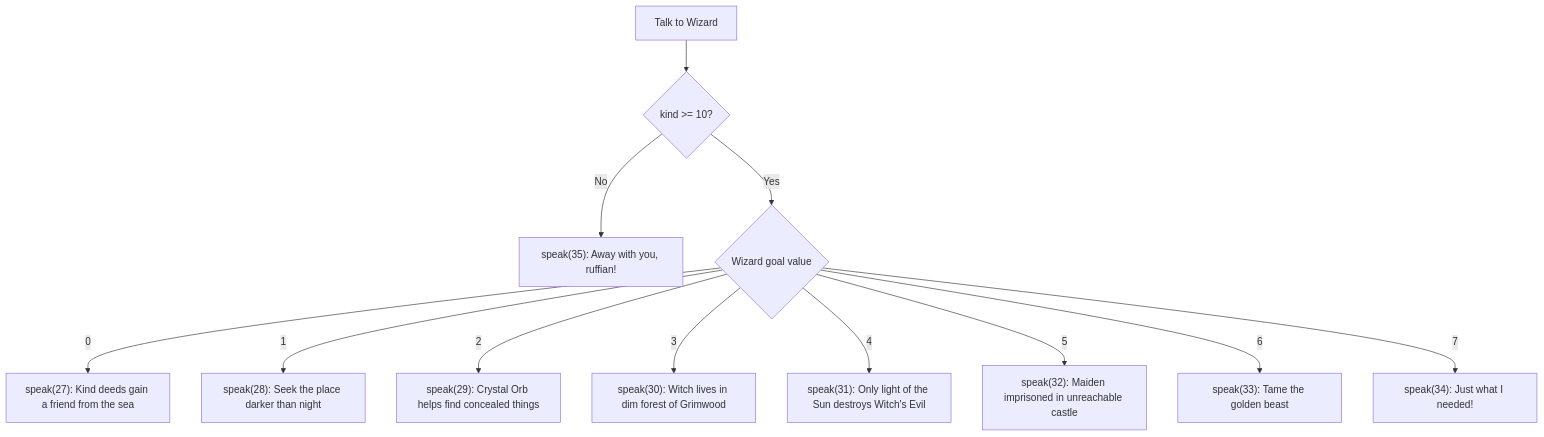
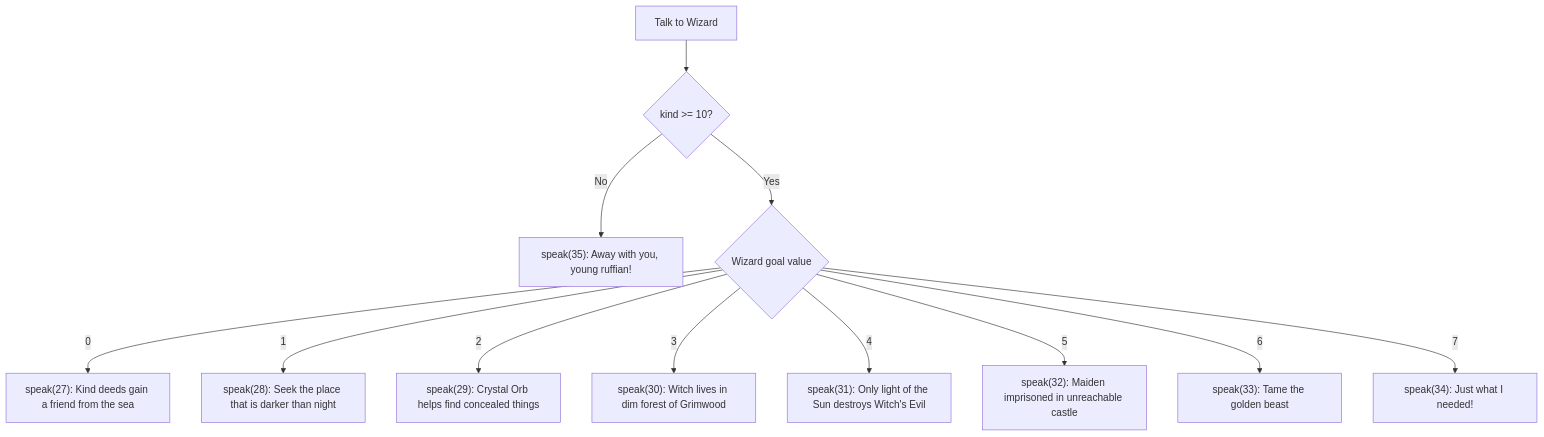
One commit to bacomatic/faery-tale-rs changed the first of 18 diagrams in reference/STORYLINE-npcs.md. Above: the diagram before and after it, drawn with Mermaid. The commit also changed other lines of this file and 20 other files, not shown here.

````diff
--- a/reference/STORYLINE-npcs.md
+++ b/reference/STORYLINE-npcs.md
@@ -18,14 +18,14 @@
 ```mermaid
 flowchart TD
     TALK_WIZ[Talk to Wizard] --> KIND_CHECK{kind >= 10?}
-    KIND_CHECK -->|No| RUDE["speak(35): Away with you, ruffian!"]
+    KIND_CHECK -->|No| RUDE["speak(35): Away with you, young ruffian!"]
     KIND_CHECK -->|Yes| GOAL_SWITCH{Wizard goal value}
     GOAL_SWITCH -->|0| S27["speak(27): Kind deeds gain a friend from the sea"]
-    GOAL_SWITCH -->|1| S28["speak(28): Seek the place darker than night"]
+    GOAL_SWITCH -->|1| S28["speak(28): Seek the place that is darker than night"]
     GOAL_SWITCH -->|2| S29["speak(29): Crystal Orb helps find concealed things"]
     GOAL_SWITCH -->|3| S30["speak(30): Witch lives in dim forest of Grimwood"]
     GOAL_SWITCH -->|4| S31["speak(31): Only light of the Sun destroys Witch's Evil"]
     GOAL_SWITCH -->|5| S32["speak(32): Maiden imprisoned in unreachable castle"]
     GOAL_SWITCH -->|6| S33["speak(33): Tame the golden beast"]
     GOAL_SWITCH -->|7| S34["speak(34): Just what I needed!"]
 ```
````
